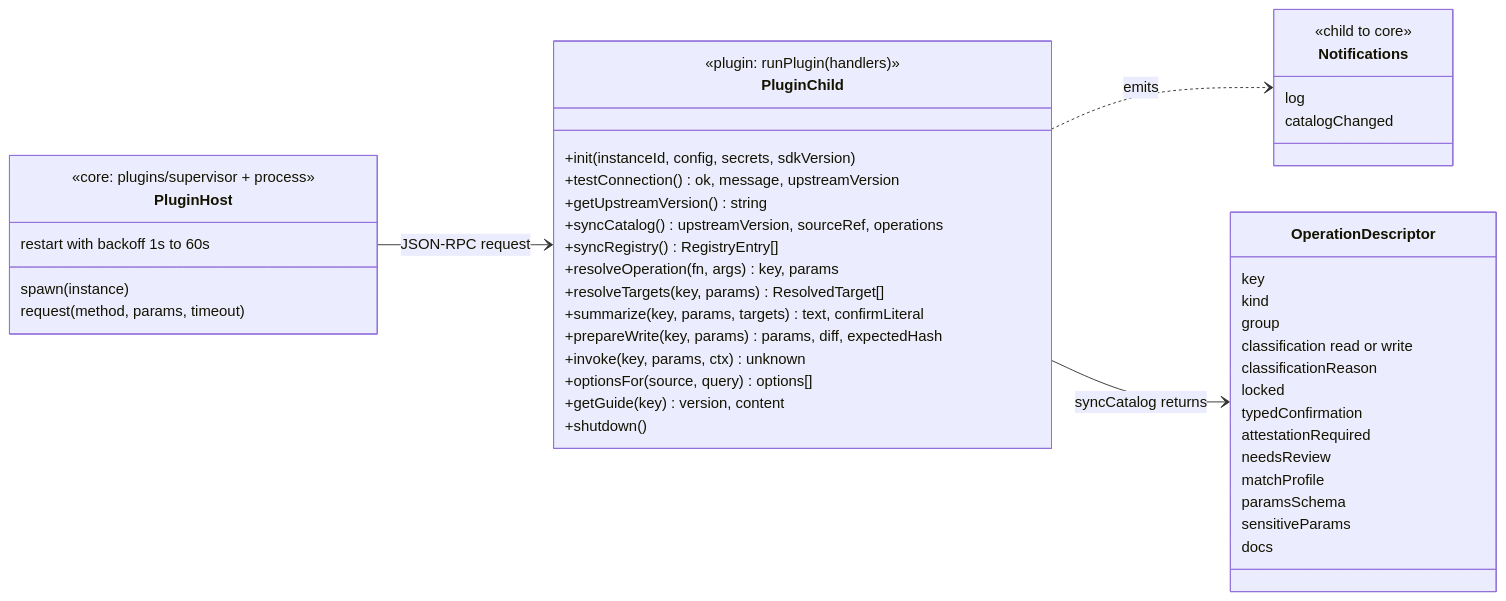
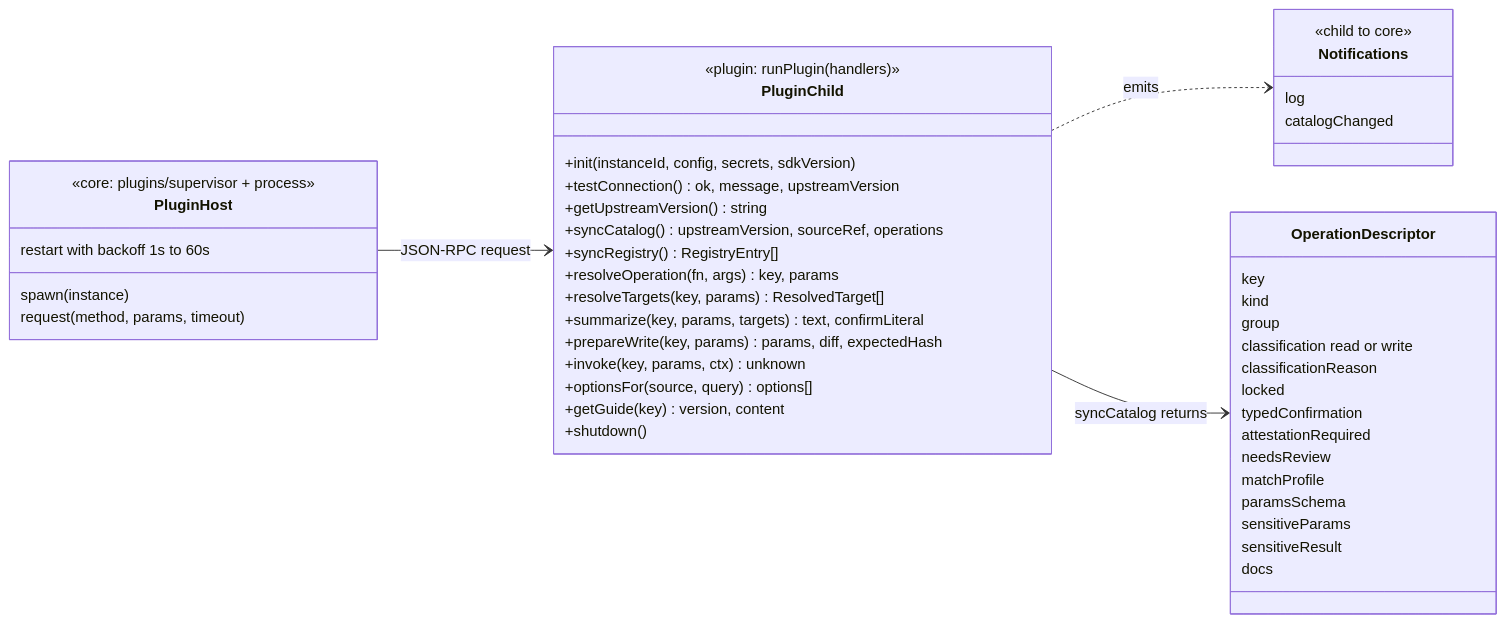
One commit to via-justa/synoikia-core changed the eighth of 30 diagrams in docs/architecture.md. Above: the diagram before and after it, drawn with Mermaid. The commit also changed other lines of this file and 34 other files, not shown here.

````diff
--- a/docs/architecture.md
+++ b/docs/architecture.md
@@ -380,49 +380,50 @@
 ```mermaid
 classDiagram
   direction LR
   class PluginHost {
     <<core: plugins/supervisor + process>>
     spawn(instance)
     request(method, params, timeout)
     restart with backoff 1s to 60s
   }
   class PluginChild {
     <<plugin: runPlugin(handlers)>>
     +init(instanceId, config, secrets, sdkVersion)
     +testConnection() ok, message, upstreamVersion
     +getUpstreamVersion() string
     +syncCatalog() upstreamVersion, sourceRef, operations
     +syncRegistry() RegistryEntry[]
     +resolveOperation(fn, args) key, params
     +resolveTargets(key, params) ResolvedTarget[]
     +summarize(key, params, targets) text, confirmLiteral
     +prepareWrite(key, params) params, diff, expectedHash
     +invoke(key, params, ctx) unknown
     +optionsFor(source, query) options[]
     +getGuide(key) version, content
     +shutdown()
   }
   class Notifications {
     <<child to core>>
     log
     catalogChanged
   }
   class OperationDescriptor {
     key
     kind
     group
     classification read or write
     classificationReason
     locked
     typedConfirmation
     attestationRequired
     needsReview
     matchProfile
     paramsSchema
     sensitiveParams
+    sensitiveResult
     docs
   }
   PluginHost --> PluginChild : JSON-RPC request
   PluginChild ..> Notifications : emits
   PluginChild --> OperationDescriptor : syncCatalog returns
 ```
````
